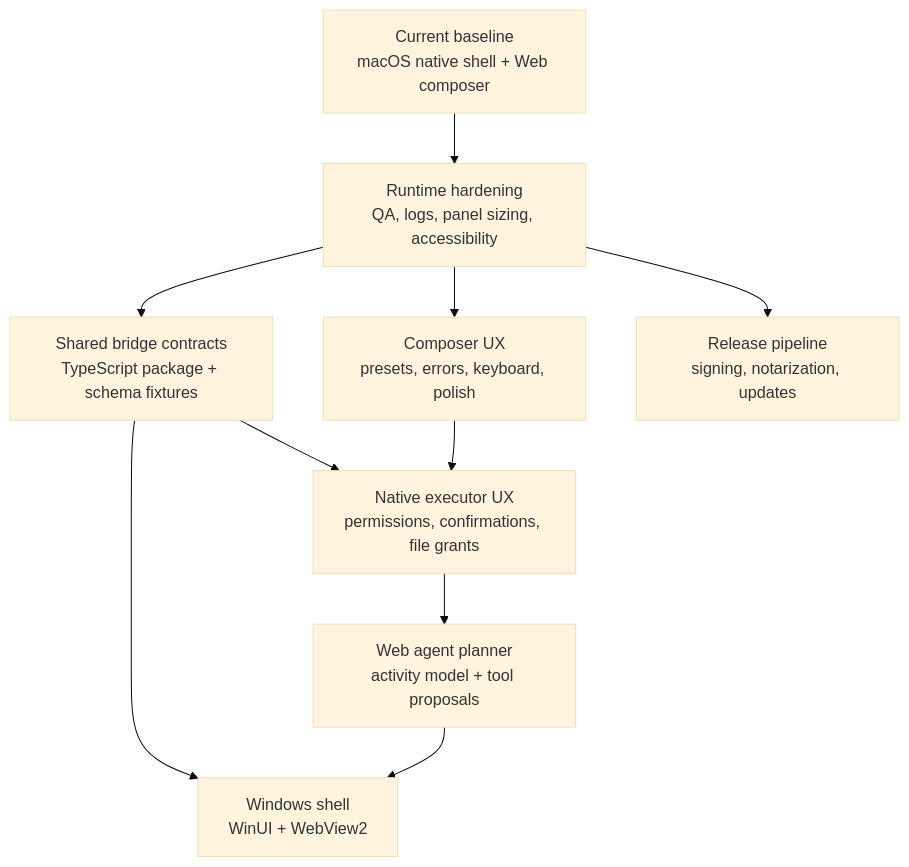
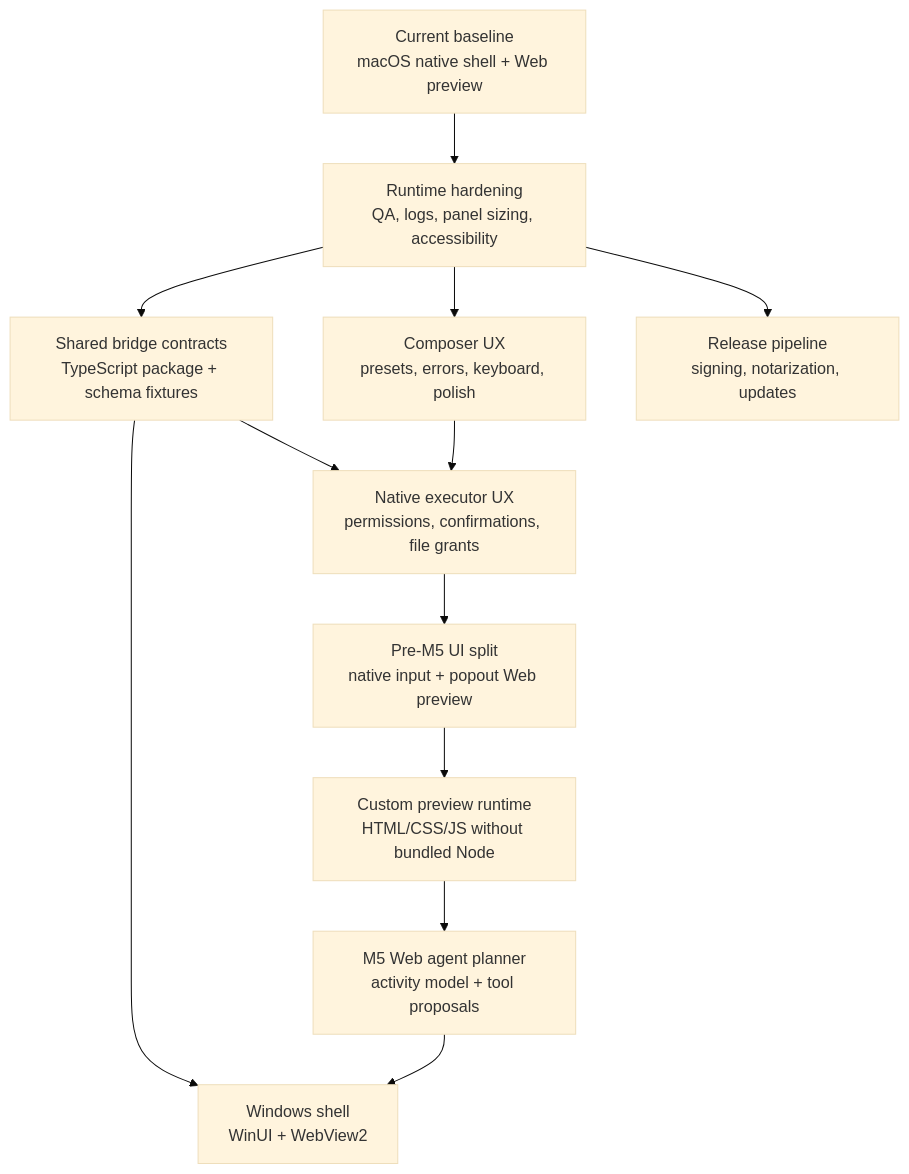
One commit to wnbotoo/Inputo changed the diagram in docs/ROADMAP.md. Above: the diagram before and after it, drawn with Mermaid (base theme). The commit also changed other lines of this file and 29 other files, not shown here.

Commit message:
feat: refactor UI, move preview to standalone view, move input field to native

````diff
--- a/docs/ROADMAP.md
+++ b/docs/ROADMAP.md
@@ -33,21 +38,25 @@
 ```mermaid
 flowchart TD
-  baseline["Current baseline\nmacOS native shell + Web composer"]
+  baseline["Current baseline\nmacOS native shell + Web preview"]
   hardening["Runtime hardening\nQA, logs, panel sizing, accessibility"]
   contracts["Shared bridge contracts\nTypeScript package + schema fixtures"]
   composer["Composer UX\npresets, errors, keyboard, polish"]
   executor["Native executor UX\npermissions, confirmations, file grants"]
-  agent["Web agent planner\nactivity model + tool proposals"]
+  split["Pre-M5 UI split\nnative input + popout Web preview"]
+  preview["Custom preview runtime\nHTML/CSS/JS without bundled Node"]
+  agent["M5 Web agent planner\nactivity model + tool proposals"]
   windows["Windows shell\nWinUI + WebView2"]
   release["Release pipeline\nsigning, notarization, updates"]
 
   baseline --> hardening
   hardening --> contracts
   hardening --> composer
   contracts --> executor
   composer --> executor
-  executor --> agent
+  executor --> split
+  split --> preview
+  preview --> agent
   contracts --> windows
   agent --> windows
   hardening --> release
 ```
````
